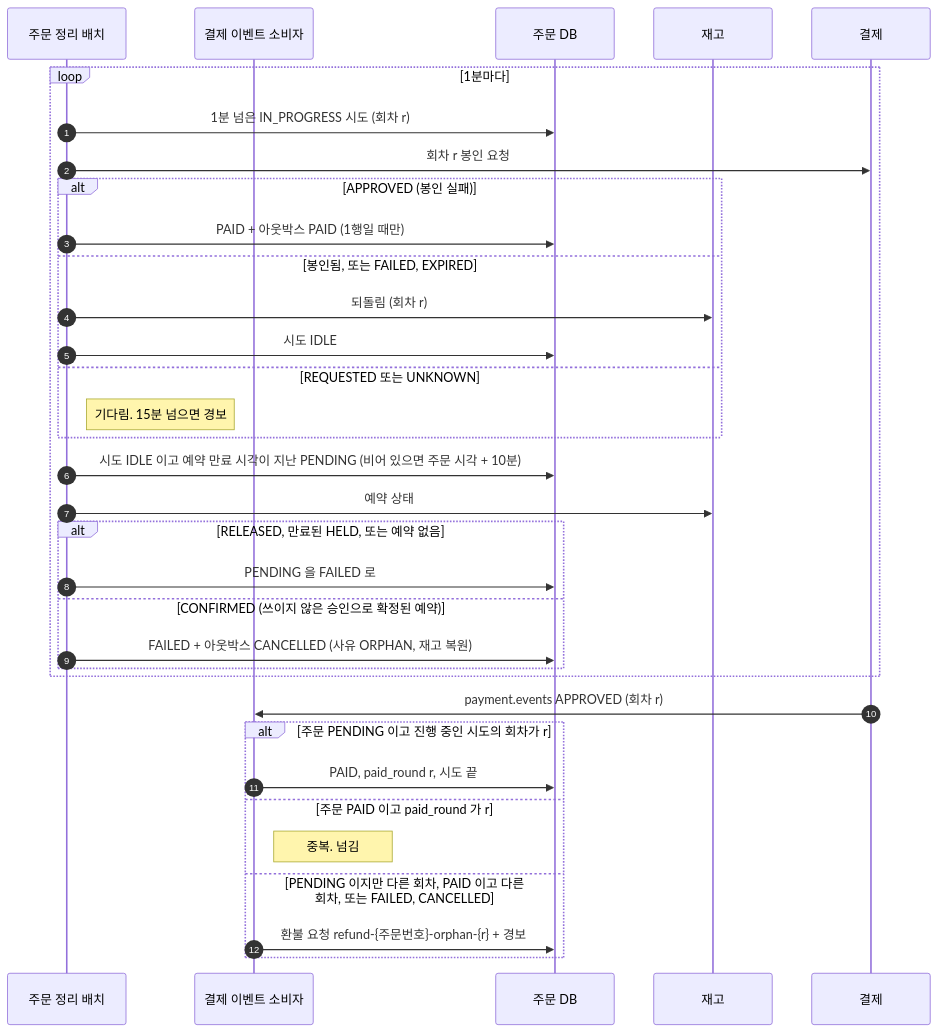
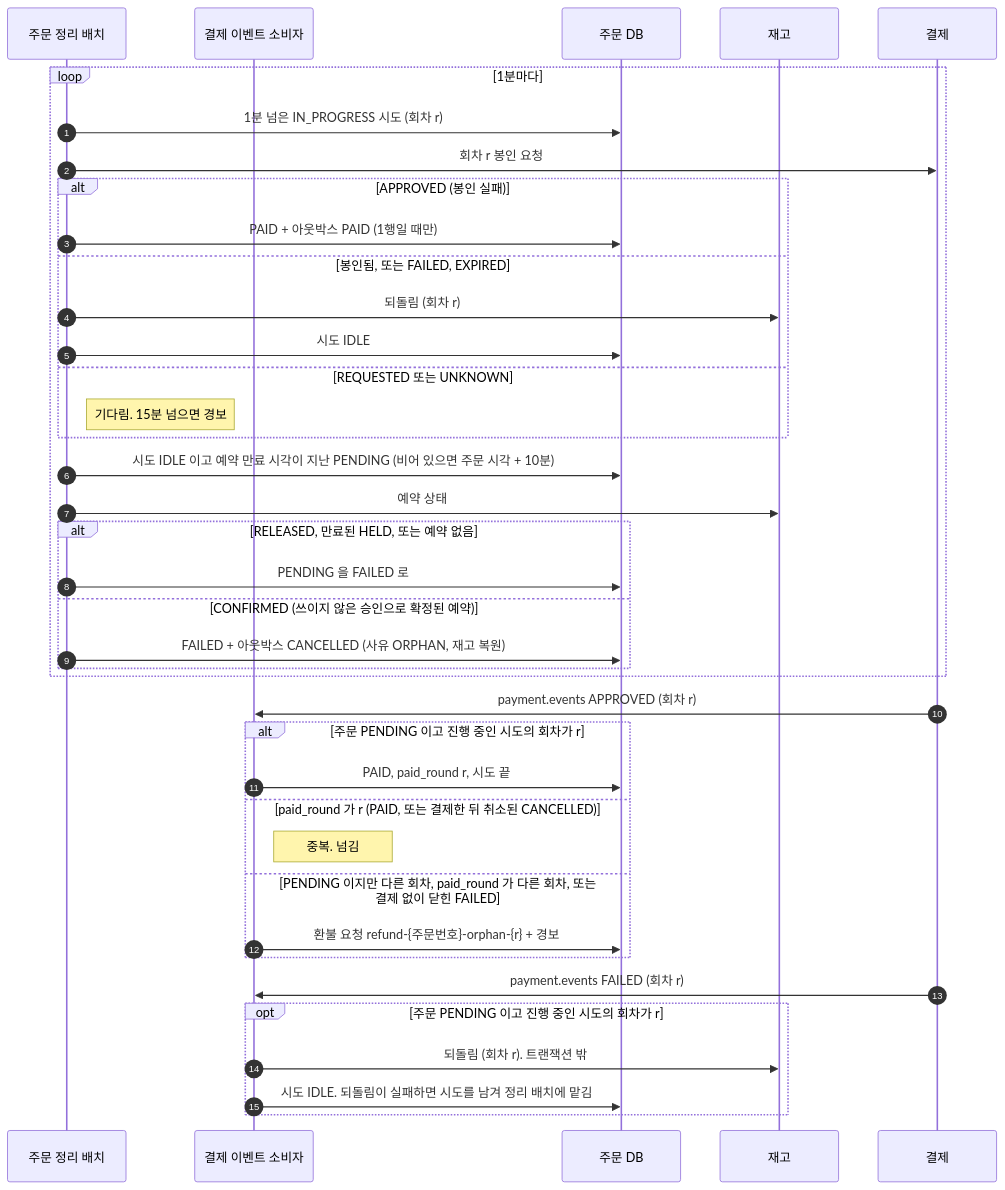
Before and after one commit to Bamdule/dawn-delivery-commerce: the sixth of 6 diagrams in docs/sequence/01-주문과-결제.md, drawn with Mermaid. The commit also changed other lines of this file and 12 other files, not shown here.

````diff
--- a/docs/sequence/01-주문과-결제.md
+++ b/docs/sequence/01-주문과-결제.md
@@ -209,39 +209,45 @@
 ```mermaid
 sequenceDiagram
     autonumber
     participant 정리배치 as 주문 정리 배치
     participant 소비자 as 결제 이벤트 소비자
     participant 주문 as 주문 DB
     participant 재고
     participant 결제
 
     loop 1분마다
         정리배치->>주문: 1분 넘은 IN_PROGRESS 시도 (회차 r)
         정리배치->>결제: 회차 r 봉인 요청
         alt APPROVED (봉인 실패)
             정리배치->>주문: PAID + 아웃박스 PAID (1행일 때만)
         else 봉인됨, 또는 FAILED, EXPIRED
             정리배치->>재고: 되돌림 (회차 r)
             정리배치->>주문: 시도 IDLE
         else REQUESTED 또는 UNKNOWN
             Note right of 정리배치: 기다림. 15분 넘으면 경보
         end
 
         정리배치->>주문: 시도 IDLE 이고 예약 만료 시각이 지난 PENDING (비어 있으면 주문 시각 + 10분)
         정리배치->>재고: 예약 상태
         alt RELEASED, 만료된 HELD, 또는 예약 없음
             정리배치->>주문: PENDING 을 FAILED 로
         else CONFIRMED (쓰이지 않은 승인으로 확정된 예약)
             정리배치->>주문: FAILED + 아웃박스 CANCELLED (사유 ORPHAN, 재고 복원)
         end
     end
 
     결제->>소비자: payment.events APPROVED (회차 r)
     alt 주문 PENDING 이고 진행 중인 시도의 회차가 r
         소비자->>주문: PAID, paid_round r, 시도 끝
-    else 주문 PAID 이고 paid_round 가 r
+    else paid_round 가 r (PAID, 또는 결제한 뒤 취소된 CANCELLED)
         Note right of 소비자: 중복. 넘김
-    else PENDING 이지만 다른 회차, PAID 이고 다른 회차, 또는 FAILED, CANCELLED
+    else PENDING 이지만 다른 회차, paid_round 가 다른 회차, 또는 결제 없이 닫힌 FAILED
         소비자->>주문: 환불 요청 refund-{주문번호}-orphan-{r} + 경보
     end
+
+    결제->>소비자: payment.events FAILED (회차 r)
+    opt 주문 PENDING 이고 진행 중인 시도의 회차가 r
+        소비자->>재고: 되돌림 (회차 r). 트랜잭션 밖
+        소비자->>주문: 시도 IDLE. 되돌림이 실패하면 시도를 남겨 정리 배치에 맡김
+    end
 ```
````
